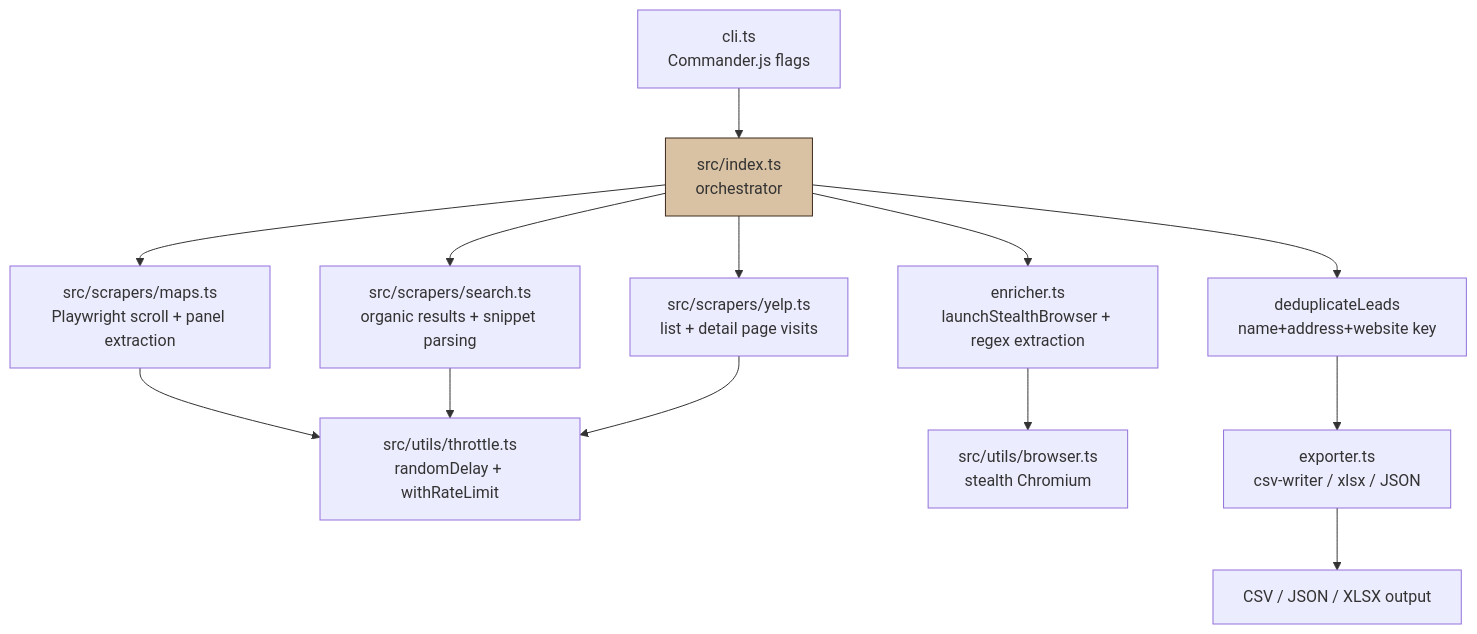
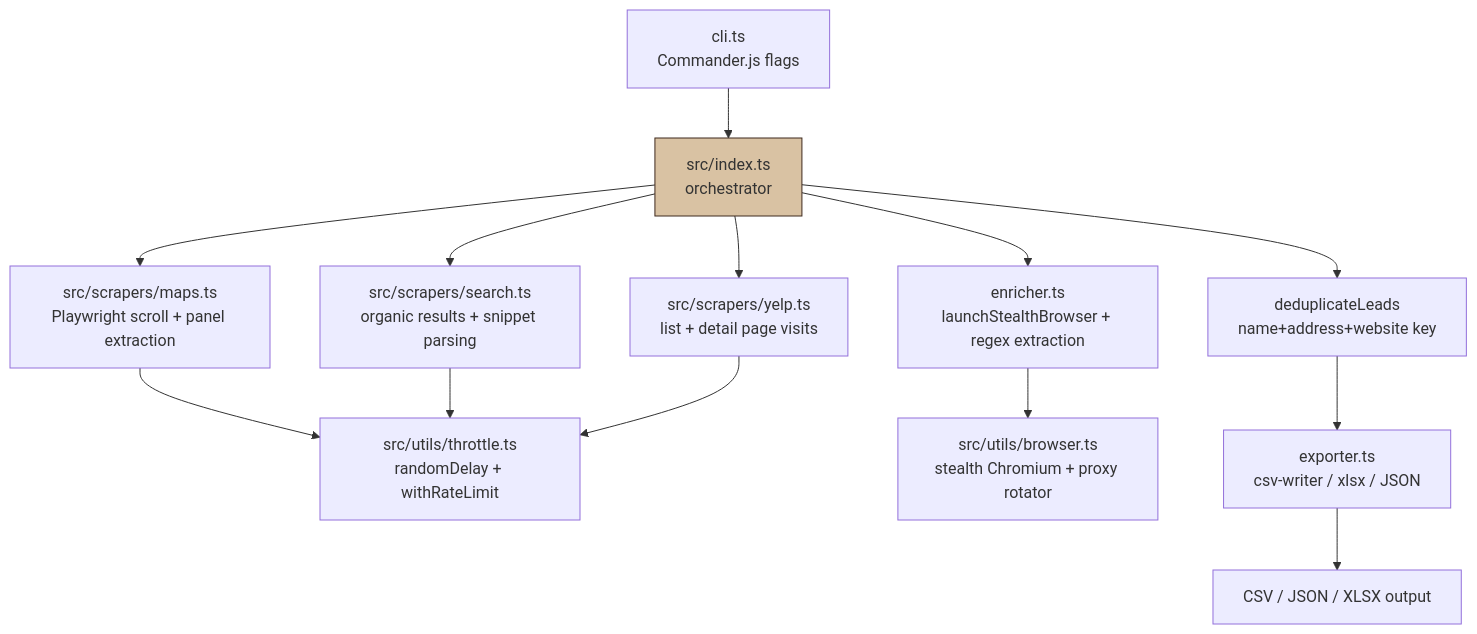
Before and after one commit to ajendras/lead-mine: the diagram in README.md, drawn with Mermaid. The commit also changed other lines of this file and 5 other files, not shown here.

````diff
--- a/README.md
+++ b/README.md
@@ -204,14 +231,14 @@
 ```mermaid
 flowchart TD
     CLI[cli.ts<br>Commander.js flags] --> Index[src/index.ts<br>orchestrator]
     Index --> Maps[src/scrapers/maps.ts<br>Playwright scroll + panel extraction]
     Index --> Search[src/scrapers/search.ts<br>organic results + snippet parsing]
     Index --> Yelp[src/scrapers/yelp.ts<br>list + detail page visits]
     Maps & Search & Yelp --> Throttle[src/utils/throttle.ts<br>randomDelay + withRateLimit]
     Index --> Enrich[enricher.ts<br>launchStealthBrowser + regex extraction]
-    Enrich --> Browser[src/utils/browser.ts<br>stealth Chromium]
+    Enrich --> Browser[src/utils/browser.ts<br>stealth Chromium + proxy rotator]
     Index --> Dedup[deduplicateLeads<br>name+address+website key]
     Dedup --> Export[exporter.ts<br>csv-writer / xlsx / JSON]
     Export --> FS[CSV / JSON / XLSX output]
     style Index fill:#d9c2a3,stroke:#3f2a1e
 ```
````
